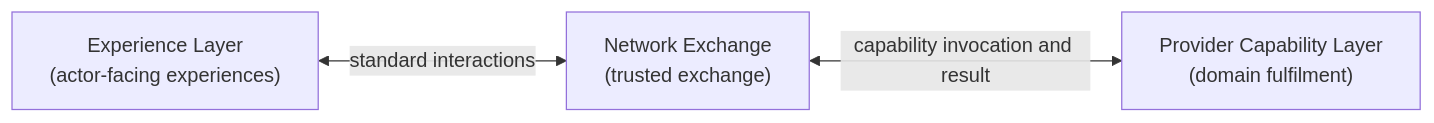
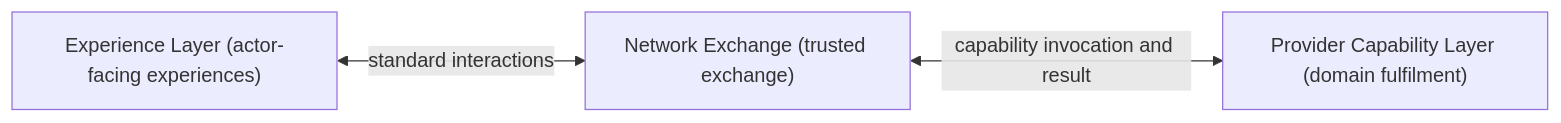
The third of 8 diagrams in PROPOSED_ARCHITECTURE.md (manjudr/documents), drawn with Mermaid before and after one commit. The commit also changed other lines of this file and 1 other file, not shown here.

Commit message:
docs: make proposed Mermaid labels GitHub-safe

````diff
--- a/PROPOSED_ARCHITECTURE.md
+++ b/PROPOSED_ARCHITECTURE.md
@@ -192,9 +192,9 @@
 ```mermaid
 flowchart LR
-  E["Experience Layer<br/>(actor-facing experiences)"]
-  N["Network Exchange<br/>(trusted exchange)"]
-  P["Provider Capability Layer<br/>(domain fulfilment)"]
+  E["Experience Layer (actor-facing experiences)"]
+  N["Network Exchange (trusted exchange)"]
+  P["Provider Capability Layer (domain fulfilment)"]
 
   E <-->|"standard interactions"| N
   N <-->|"capability invocation and result"| P
 ```
````
